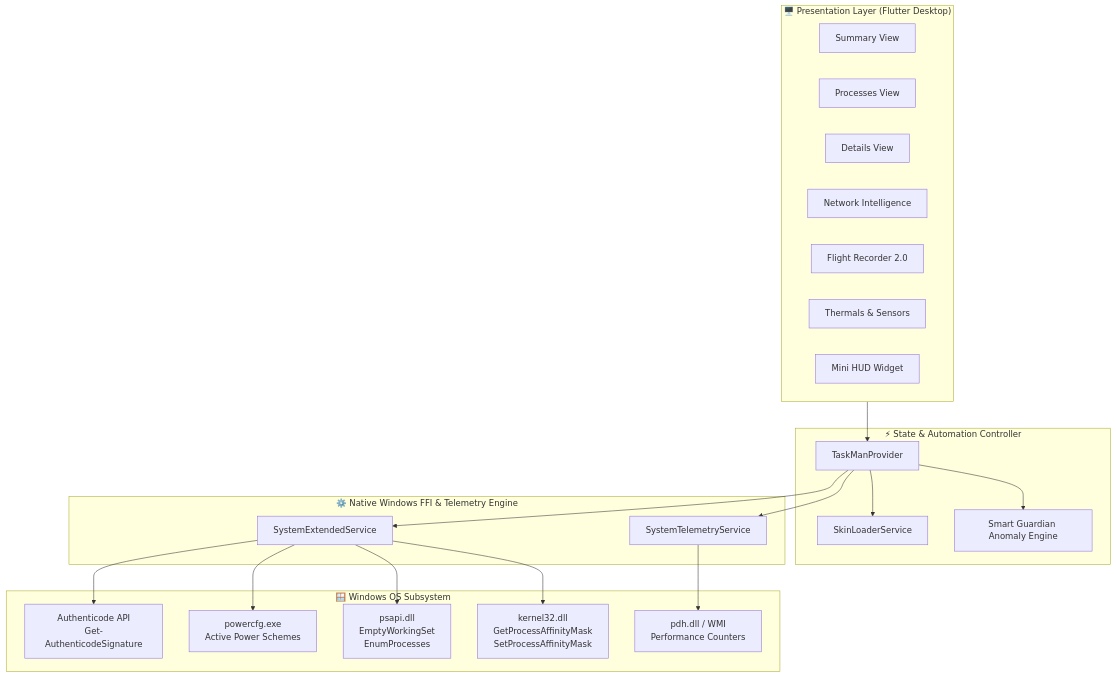
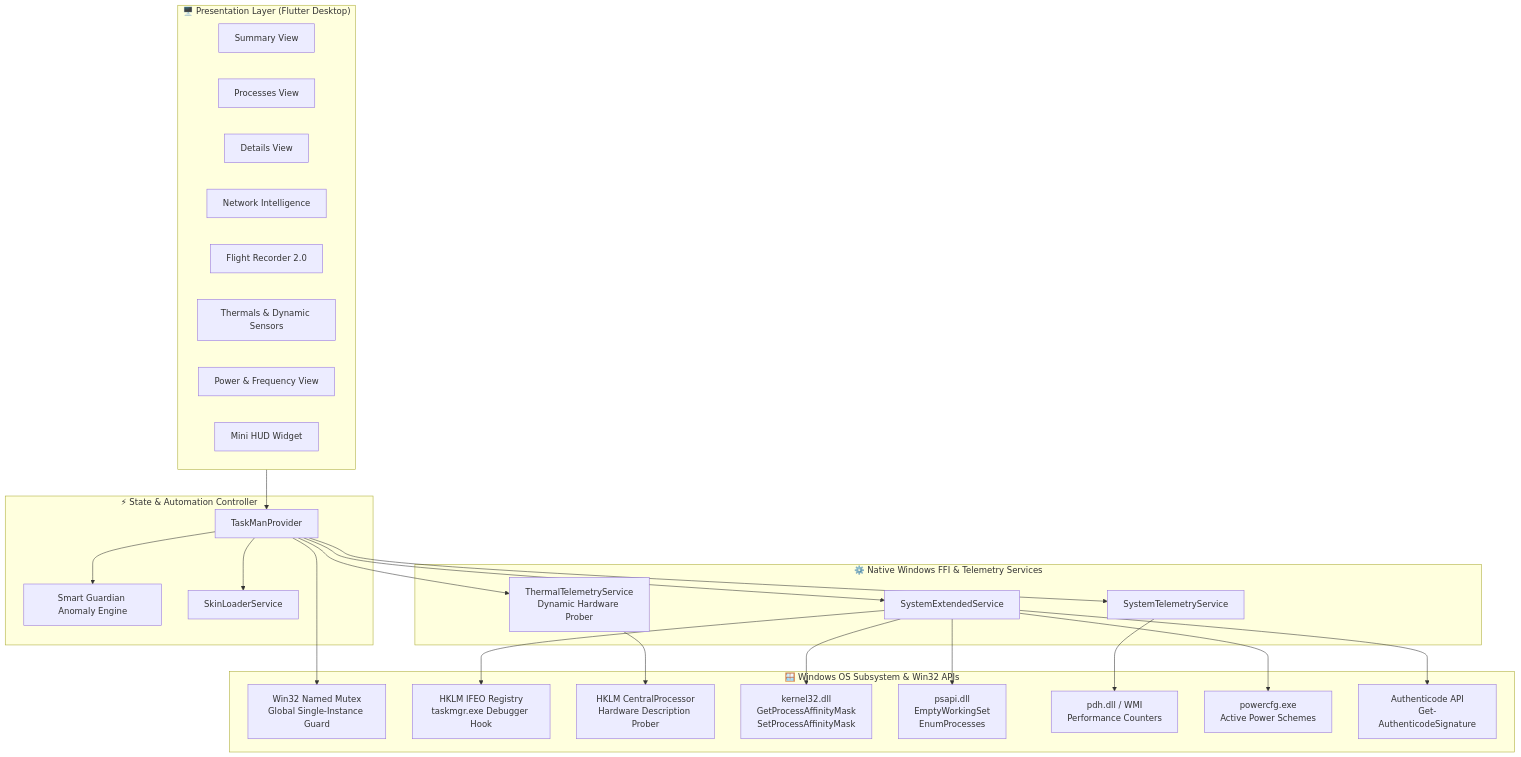
One commit to sakfi/TaskMan-Ultimate changed the diagram in README.md. Above: the diagram before and after it, drawn with Mermaid. The commit also changed other lines of this file, not shown here.

Commit message:
docs(readme): update features, dynamic hardware telemetry, shell integration, and installer details

````diff
--- a/README.md
+++ b/README.md
@@ -85,43 +105,52 @@
 ```mermaid
 flowchart TD
     subgraph UI ["🖥️ Presentation Layer (Flutter Desktop)"]
         SV[Summary View]
         PV[Processes View]
         DV[Details View]
         NV[Network Intelligence]
         FR[Flight Recorder 2.0]
-        TH[Thermals & Sensors]
+        TH[Thermals & Dynamic Sensors]
+        PF[Power & Frequency View]
         HUD[Mini HUD Widget]
     end
 
     subgraph State ["⚡ State & Automation Controller"]
         TMP[TaskManProvider]
         SG[Smart Guardian Anomaly Engine]
         SLS[SkinLoaderService]
     end
 
-    subgraph Native ["⚙️ Native Windows FFI & Telemetry Engine"]
+    subgraph NativeServices ["⚙️ Native Windows FFI & Telemetry Services"]
         STS[SystemTelemetryService]
+        TTS[ThermalTelemetryService\nDynamic Hardware Prober]
         SES[SystemExtendedService]
     end
 
-    subgraph Win32 ["🪟 Windows OS Subsystem"]
+    subgraph WindowsSubsystem ["🪟 Windows OS Subsystem & Win32 APIs"]
+        MUTEX[Win32 Named Mutex\nGlobal Single-Instance Guard]
+        IFEO[HKLM IFEO Registry\ntaskmgr.exe Debugger Hook]
+        REG[HKLM CentralProcessor\nHardware Description Prober]
         K32[kernel32.dll\nGetProcessAffinityMask\nSetProcessAffinityMask]
         PSAPI[psapi.dll\nEmptyWorkingSet\nEnumProcesses]
         PDH[pdh.dll / WMI\nPerformance Counters]
         POW[powercfg.exe\nActive Power Schemes]
         SEC[Authenticode API\nGet-AuthenticodeSignature]
     end
 
     UI --> TMP
     TMP --> SG
     TMP --> SLS
     TMP --> STS
+    TMP --> TTS
     TMP --> SES
 
+    TMP --> MUTEX
+    SES --> IFEO
+    TTS --> REG
     SES --> K32
     SES --> PSAPI
     SES --> POW
     SES --> SEC
     STS --> PDH
 ```
````
